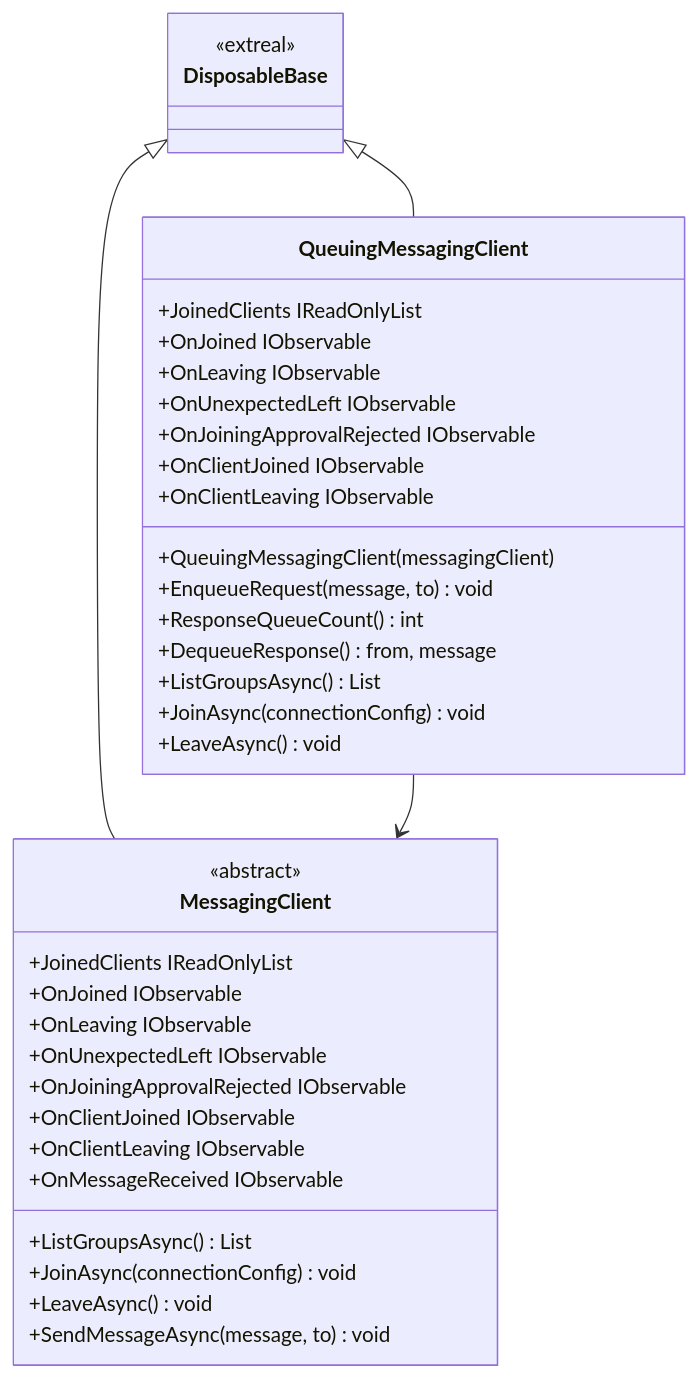
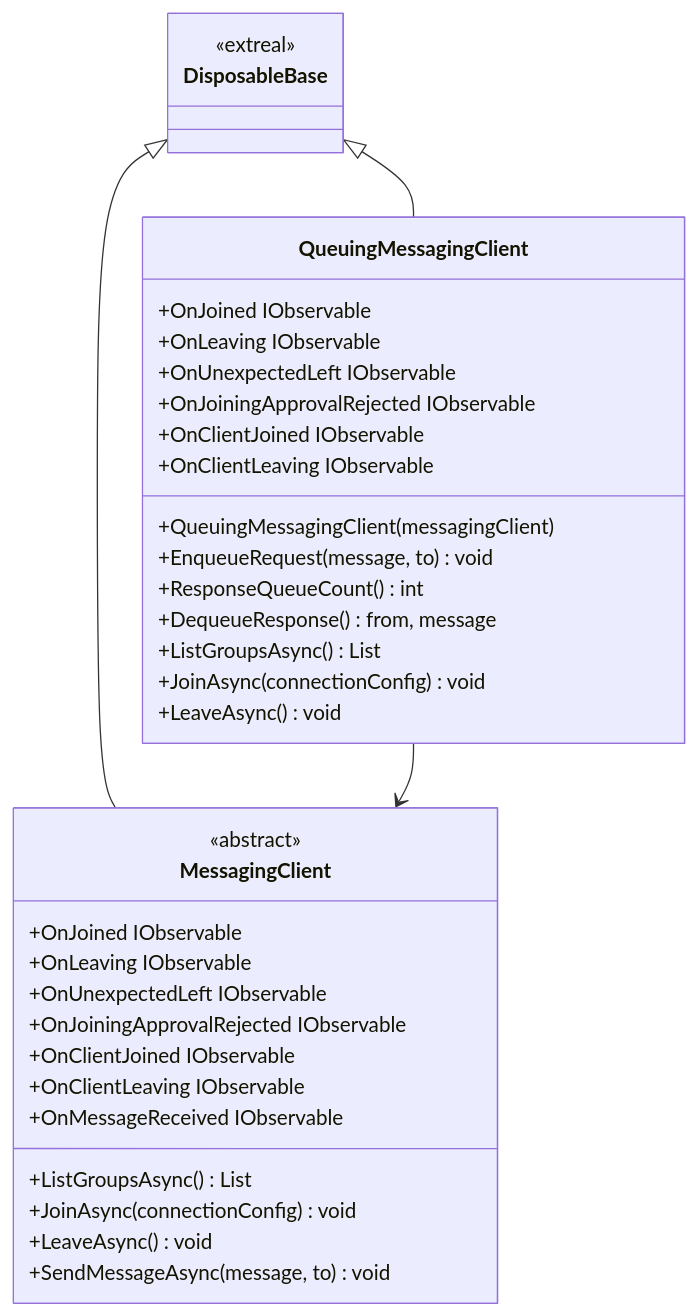
One commit to extreal-dev/Extreal.Guide changed the first of 3 diagrams in docs/integration/messaging.md. Above: the diagram before and after it, drawn with Mermaid. The commit also changed other lines of this file and 1 other file, not shown here.

Commit message:
delete JoinedClients

````diff
--- a/docs/integration/messaging.md
+++ b/docs/integration/messaging.md
@@ -31,48 +31,46 @@
 ```mermaid
 classDiagram
 
     DisposableBase <|-- MessagingClient
     DisposableBase <|-- QueuingMessagingClient
     QueuingMessagingClient --> MessagingClient
     
     class MessagingClient {
         <<abstract>>
-        +JoinedClients IReadOnlyList
         +OnJoined IObservable
         +OnLeaving IObservable
         +OnUnexpectedLeft IObservable
         +OnJoiningApprovalRejected IObservable
         +OnClientJoined IObservable
         +OnClientLeaving IObservable
         +OnMessageReceived IObservable
 
         +ListGroupsAsync() List
         +JoinAsync(connectionConfig) void
         +LeaveAsync() void
         +SendMessageAsync(message, to) void
     }
 
     class QueuingMessagingClient {
-        +JoinedClients IReadOnlyList
         +OnJoined IObservable
         +OnLeaving IObservable
         +OnUnexpectedLeft IObservable
         +OnJoiningApprovalRejected IObservable
         +OnClientJoined IObservable
         +OnClientLeaving IObservable
 
         +QueuingMessagingClient(messagingClient)
 
         +EnqueueRequest(message, to) void
         +ResponseQueueCount() int
         +DequeueResponse() from, message
 
         +ListGroupsAsync() List
         +JoinAsync(connectionConfig) void
         +LeaveAsync() void
     }
     
     class DisposableBase {
         <<extreal>>
     }
 ```
````
